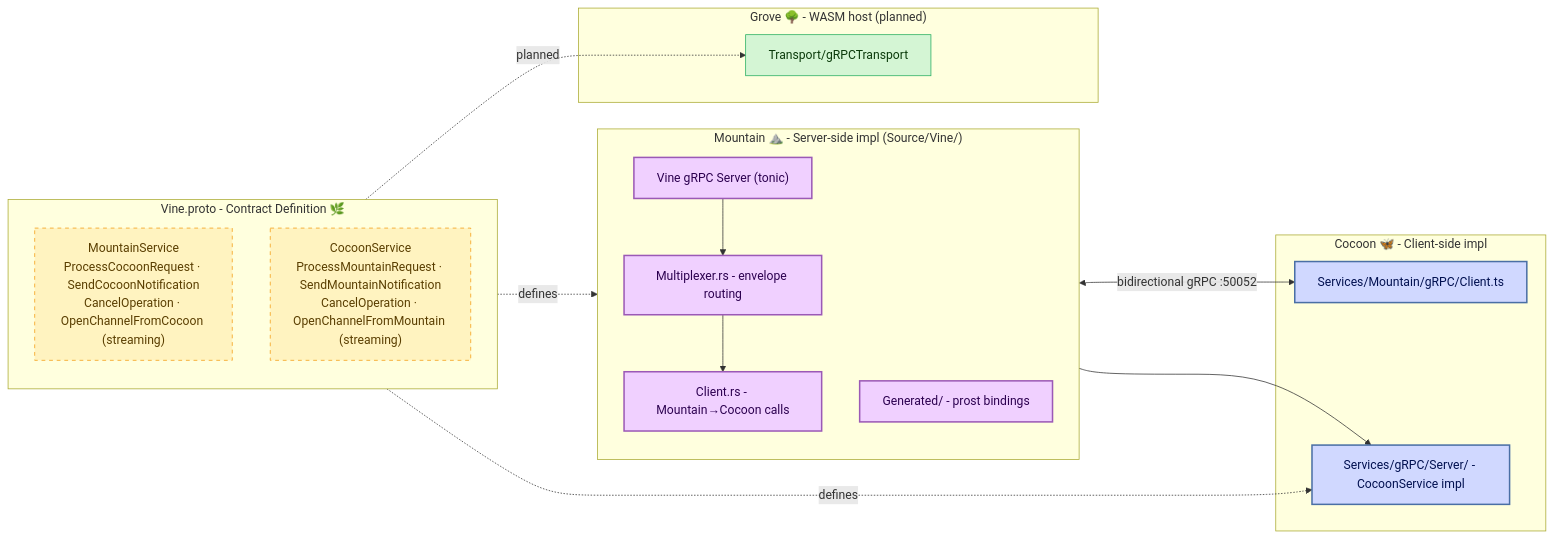
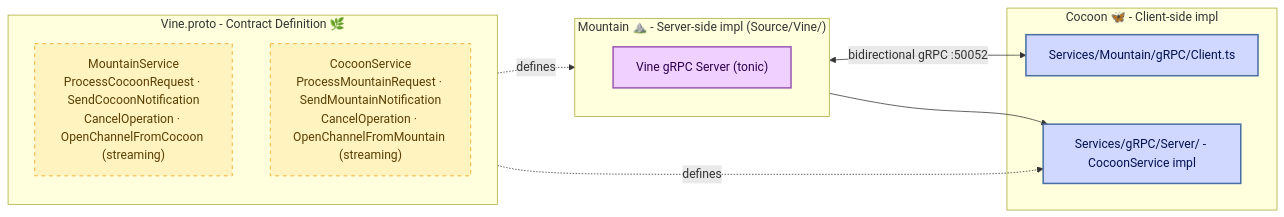
The diagram in README.md (CodeEditorLand/Vine), drawn with Mermaid before and after one commit. The commit also changed other lines of this file, not shown here.

Commit message:
docs(Vine): Remove inner flow detail and planned Grove node from architecture diagram
The Mermaid graph in README.md has been simplified to match the current production topology. The internal crates of Mountain (multiplexer, client.rs, generated bindings) were removed from the diagram as they are implementation details, not architectural boundaries. The planned Grove WASM host node and its transport layer were also removed, as Grove is not part of the active protocol stack.

The bidirectional gRPC link now correctly connects VineServer directly to GRPCClient, reflecting the live Mountain ↔ Cocoon communication path.

````diff
--- a/README.md
+++ b/README.md
@@ -105,39 +105,29 @@
 ```mermaid
 graph LR
     classDef vine     fill:#e8ffe8,stroke:#27ae60,stroke-width:2px,color:#0a3a0a;
     classDef mountain fill:#f0d0ff,stroke:#9b59b6,stroke-width:2px,color:#2c0050;
     classDef cocoon   fill:#d0d8ff,stroke:#4a6fa5,stroke-width:2px,color:#001050;
     classDef grove    fill:#d4f5d4,stroke:#27ae60,stroke-width:1px,color:#0a3a0a;
     classDef proto    fill:#fff3c0,stroke:#f39c12,stroke-width:1px,stroke-dasharray:5 5,color:#5a3e00;
 
     subgraph PROTO["Vine.proto - Contract Definition 🌿"]
         direction TB
         MountainSvc["MountainService\nProcessCocoonRequest · SendCocoonNotification\nCancelOperation · OpenChannelFromCocoon (streaming)"]:::proto
         CocoonSvc["CocoonService\nProcessMountainRequest · SendMountainNotification\nCancelOperation · OpenChannelFromMountain (streaming)"]:::proto
     end
 
     subgraph MOUNTAIN["Mountain ⛰️ - Server-side impl (Source/Vine/)"]
         direction TB
         VineServer["Vine gRPC Server (tonic)"]:::mountain
-        VineMux["Multiplexer.rs - envelope routing"]:::mountain
-        VineClient["Client.rs - Mountain→Cocoon calls"]:::mountain
-        VineGenerated["Generated/ - prost bindings"]:::mountain
-        VineServer --> VineMux
-        VineMux --> VineClient
     end
 
     subgraph COCOON["Cocoon 🦋 - Client-side impl"]
         GRPCClient["Services/Mountain/gRPC/Client.ts"]:::cocoon
         GRPCServer["Services/gRPC/Server/ - CocoonService impl"]:::cocoon
     end
 
-    subgraph GROVE["Grove 🌳 - WASM host (planned)"]
-        GroveTransport["Transport/gRPCTransport"]:::grove
-    end
-
     MountainSvc -.defines.-> VineServer
     CocoonSvc -.defines.-> GRPCServer
     VineServer <-- bidirectional gRPC :50052 --> GRPCClient
-    VineClient --> GRPCServer
-    MountainSvc -.planned.-> GroveTransport
+    VineServer --> GRPCServer
 ```
````
